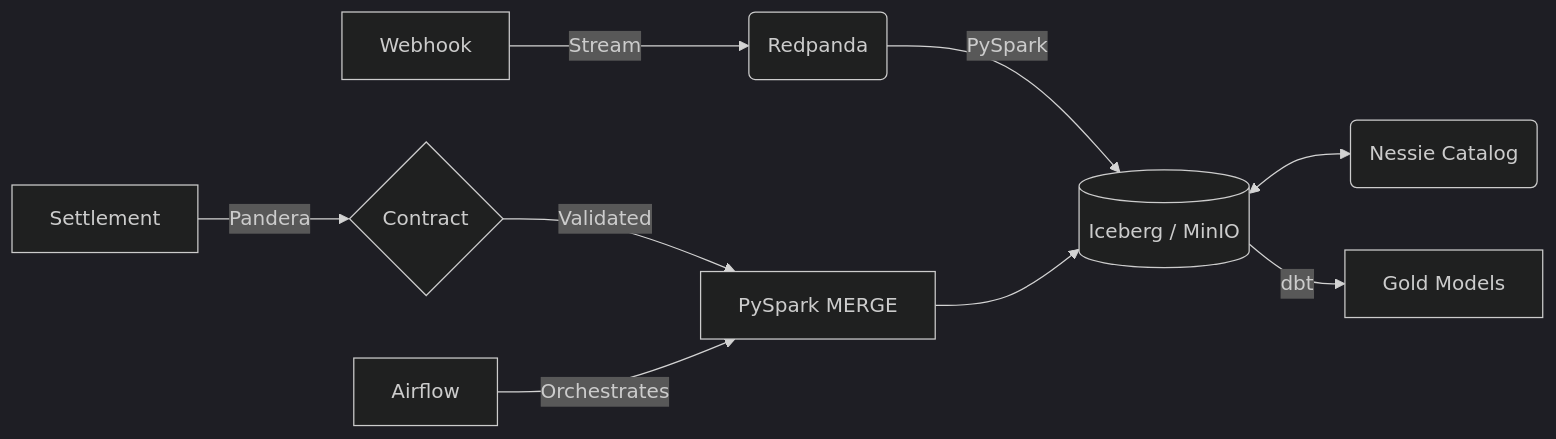
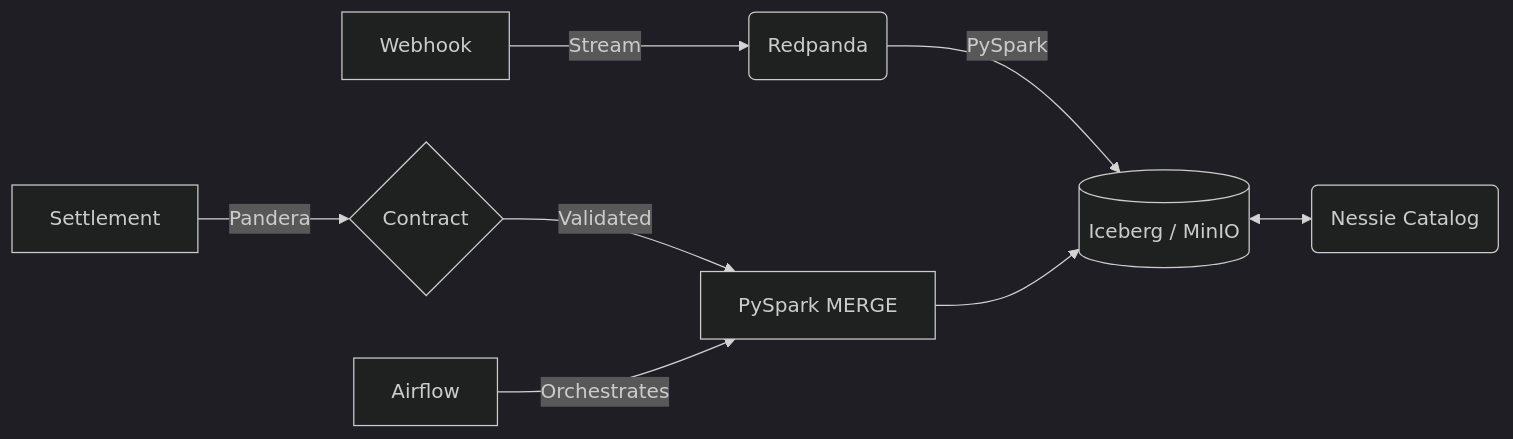
Before and after one commit to DhanushPillay/tx-recon: the diagram in README.md, drawn with Mermaid (dark theme). The commit also changed other lines of this file and 27 other files, not shown here.

````diff
--- a/README.md
+++ b/README.md
@@ -37,13 +36,12 @@
 ```mermaid
 flowchart LR
     A[Webhook] -->|Stream| B(Redpanda)
     B -->|PySpark| C[(Iceberg / MinIO)]
     
     E[Settlement] -->|Pandera| V{Contract}
     V -->|Validated| F[PySpark MERGE]
     F --> C
     
     G[Airflow] -->|Orchestrates| F
     C <--> H(Nessie Catalog)
-    C -->|dbt| I[Gold Models]
 ```
````
